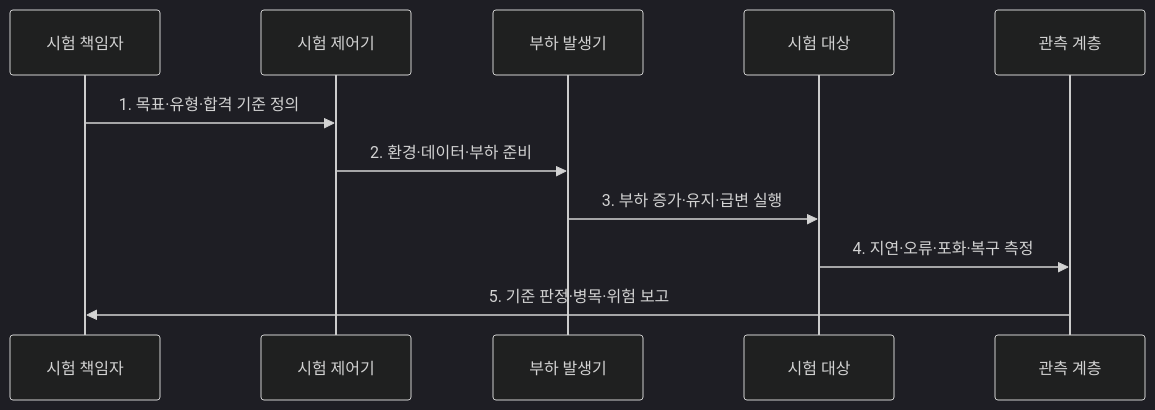
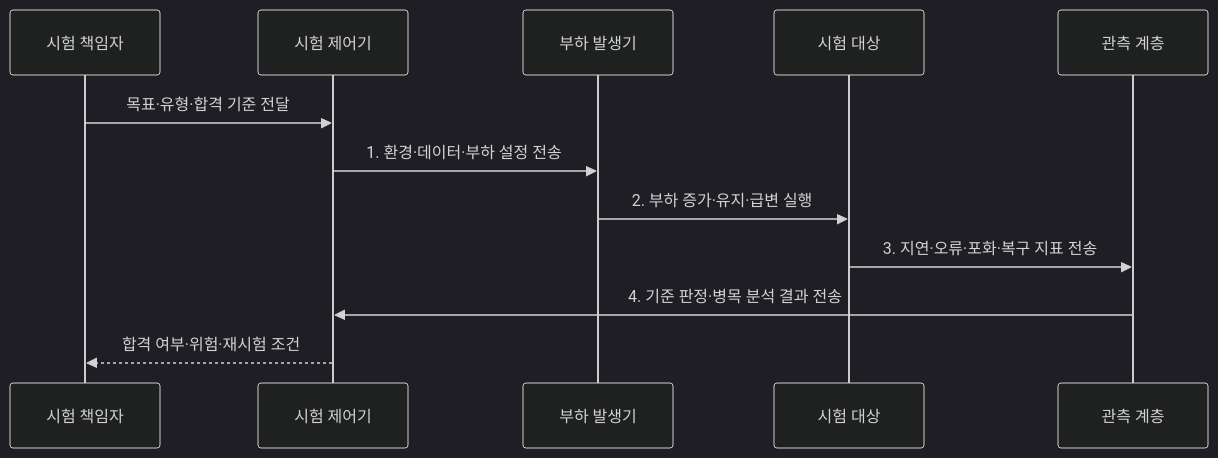
Before and after one commit to agnusdei1207/knowledge-base: the second of 2 diagrams in src/content/docs/notes/06-evaluation/006_performance_testing_types.md, drawn with Mermaid (dark theme). The commit also changed other lines of this file and 20 other files, not shown here.

````diff
--- a/src/content/docs/notes/06-evaluation/006_performance_testing_types.md
+++ b/src/content/docs/notes/06-evaluation/006_performance_testing_types.md
@@ -83,13 +80,14 @@
 ```mermaid
 sequenceDiagram
   participant O as 시험 책임자
   participant C as 시험 제어기
   participant L as 부하 발생기
   participant D as 시험 대상
   participant M as 관측 계층
-  O->>C: 1. 목표·유형·합격 기준 정의
-  C->>L: 2. 환경·데이터·부하 준비
-  L->>D: 3. 부하 증가·유지·급변 실행
-  D->>M: 4. 지연·오류·포화·복구 측정
-  M->>O: 5. 기준 판정·병목·위험 보고
+  O->>C: 목표·유형·합격 기준 전달
+  C->>L: 1. 환경·데이터·부하 설정 전송
+  L->>D: 2. 부하 증가·유지·급변 실행
+  D->>M: 3. 지연·오류·포화·복구 지표 전송
+  M->>C: 4. 기준 판정·병목 분석 결과 전송
+  C-->>O: 합격 여부·위험·재시험 조건
 ```
````
